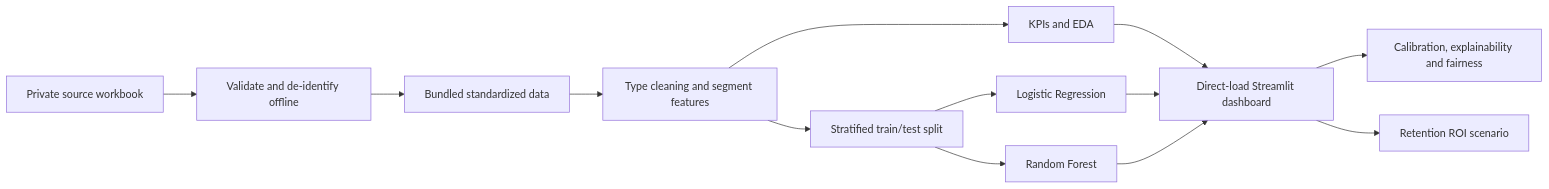
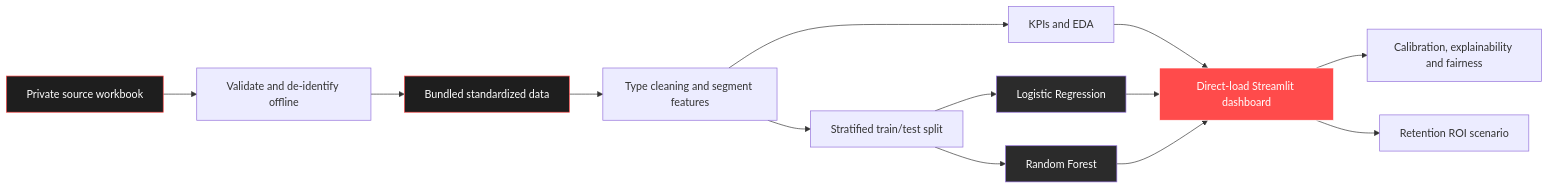
One commit to iqra-insights/churnsight-eu-banking changed the diagram in README.md. Above: the diagram before and after it, drawn with Mermaid. The commit also changed other lines of this file, not shown here.

Commit message:
Update README with diagram styles and project details
Added styles for nodes in the diagram and updated project description.

````diff
--- a/README.md
+++ b/README.md
@@ -237,15 +237,21 @@
 ```mermaid
 flowchart LR
     A[Private source workbook] --> B[Validate and de-identify offline]
     B --> C[Bundled standardized data]
     C --> D[Type cleaning and segment features]
     D --> E[KPIs and EDA]
     D --> F[Stratified train/test split]
     F --> G[Logistic Regression]
     F --> H[Random Forest]
     E --> I[Direct-load Streamlit dashboard]
     G --> I
     H --> I
     I --> J[Calibration, explainability and fairness]
     I --> K[Retention ROI scenario]
+
+    style A fill:#1E1E1E,color:#fff,stroke:#FF4B4B
+    style C fill:#1E1E1E,color:#fff,stroke:#FF4B4B
+    style I fill:#FF4B4B,color:#fff,stroke:#fff
+    style G fill:#2B2B2B,color:#fff
+    style H fill:#2B2B2B,color:#fff
 ```
````
